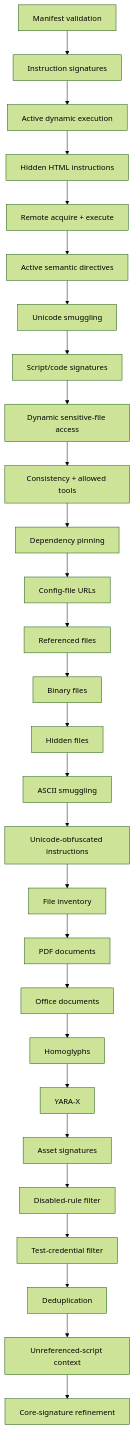
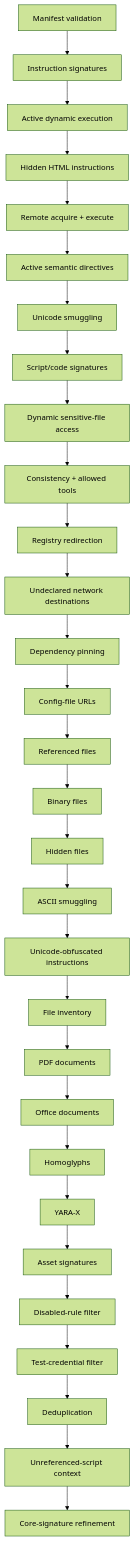
The diagram in docs/architecture/analyzers/static-analyzer.md (BargLabs/skill-scanner), drawn with Mermaid (forest theme) before and after one commit. The commit also changed other lines of this file and 24 other files, not shown here.

First line of the commit message:
feat(rules): flag registry redirects and undeclared network destinations (#236)

````diff
--- a/docs/architecture/analyzers/static-analyzer.md
+++ b/docs/architecture/analyzers/static-analyzer.md
@@ -22,30 +23,32 @@
 ```mermaid
 flowchart TD
     S01["Manifest validation"] --> S02["Instruction signatures"]
     S02 --> S03["Active dynamic execution"]
     S03 --> S04["Hidden HTML instructions"]
     S04 --> S05["Remote acquire + execute"]
     S05 --> S06["Active semantic directives"]
     S06 --> S07["Unicode smuggling"]
     S07 --> S08["Script/code signatures"]
     S08 --> S09["Dynamic sensitive-file access"]
     S09 --> S10["Consistency + allowed tools"]
-    S10 --> S11["Dependency pinning"]
-    S11 --> S12["Config-file URLs"]
-    S12 --> S13["Referenced files"]
-    S13 --> S14["Binary files"]
-    S14 --> S15["Hidden files"]
-    S15 --> S16["ASCII smuggling"]
-    S16 --> S17["Unicode-obfuscated instructions"]
-    S17 --> S18["File inventory"]
-    S18 --> S19["PDF documents"]
-    S19 --> S20["Office documents"]
-    S20 --> S21["Homoglyphs"]
-    S21 --> S22["YARA-X"]
-    S22 --> S23["Asset signatures"]
-    S23 --> S24["Disabled-rule filter"]
-    S24 --> S25["Test-credential filter"]
-    S25 --> S26["Deduplication"]
-    S26 --> S27["Unreferenced-script context"]
-    S27 --> S28["Core-signature refinement"]
+    S10 --> S11["Registry redirection"]
+    S11 --> S12["Undeclared network destinations"]
+    S12 --> S13["Dependency pinning"]
+    S13 --> S14["Config-file URLs"]
+    S14 --> S15["Referenced files"]
+    S15 --> S16["Binary files"]
+    S16 --> S17["Hidden files"]
+    S17 --> S18["ASCII smuggling"]
+    S18 --> S19["Unicode-obfuscated instructions"]
+    S19 --> S20["File inventory"]
+    S20 --> S21["PDF documents"]
+    S21 --> S22["Office documents"]
+    S22 --> S23["Homoglyphs"]
+    S23 --> S24["YARA-X"]
+    S24 --> S25["Asset signatures"]
+    S25 --> S26["Disabled-rule filter"]
+    S26 --> S27["Test-credential filter"]
+    S27 --> S28["Deduplication"]
+    S28 --> S29["Unreferenced-script context"]
+    S29 --> S30["Core-signature refinement"]
 ```
````
